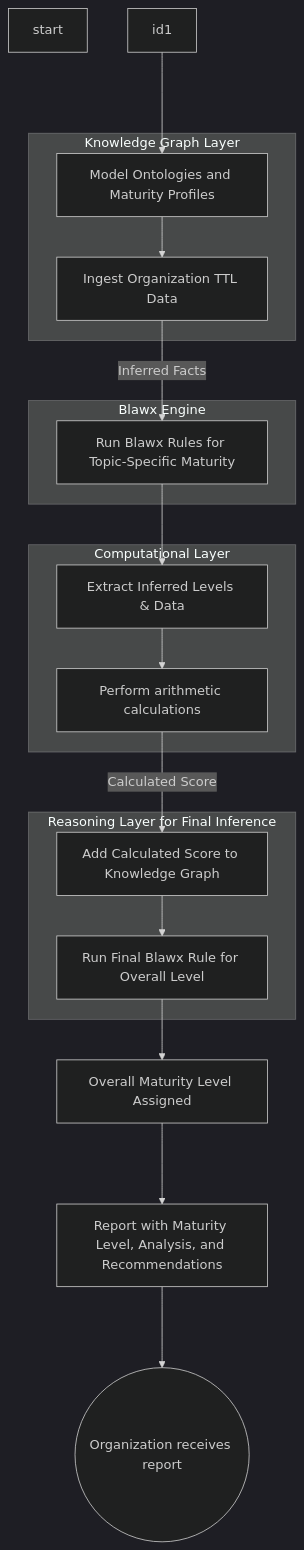
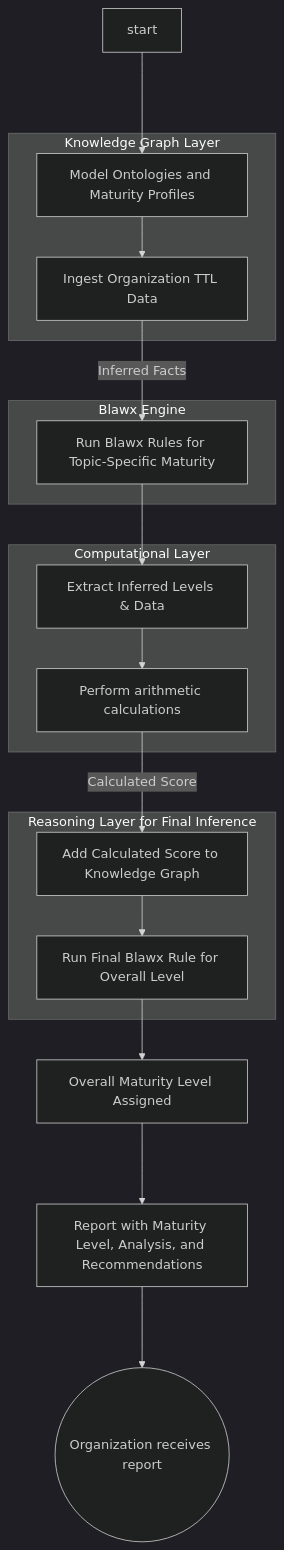
One commit to heidingaway/heidi2 changed the diagram in content/dmat-processflow.md. Above: the diagram before and after it, drawn with Mermaid (dark theme).

Commit message:
Quartz sync: Aug 5, 2025, 12:42 PM

````diff
--- a/content/dmat-processflow.md
+++ b/content/dmat-processflow.md
@@ -14,34 +14,34 @@
 ```mermaid
 flowchart TD
 start
 
   subgraph s1["Knowledge Graph Layer"]
     n1["Model Ontologies and Maturity Profiles"]
     n2["Ingest Organization TTL Data"]
   end
   subgraph s2["Blawx Engine"]
     n3["Run Blawx Rules for Topic-Specific Maturity"]
   end
   subgraph s3["Computational Layer"]
     n4["Extract Inferred Levels &amp; Data"]
     n5["Perform arithmetic calculations"]
   end
   subgraph s4["Reasoning Layer for Final Inference"]
     n6["Add Calculated Score to Knowledge Graph"]
     n7["Run Final Blawx Rule for Overall Level"]
   end
   n8["Overall Maturity Level Assigned"]
   n9["Report with Maturity Level, Analysis, and Recommendations"]
   n10((Organization receives report))
 
-  id1 ---> n1
+  start ---> n1
   n1 --> n2
   n2 -- Inferred Facts --> n3
   n3 --> n4
   n4 --> n5
   n5 -- Calculated Score --> n6
   n6 --> n7
   n7 --> n8
   n8 --->n9
   n9 --->n10
 ```
````
